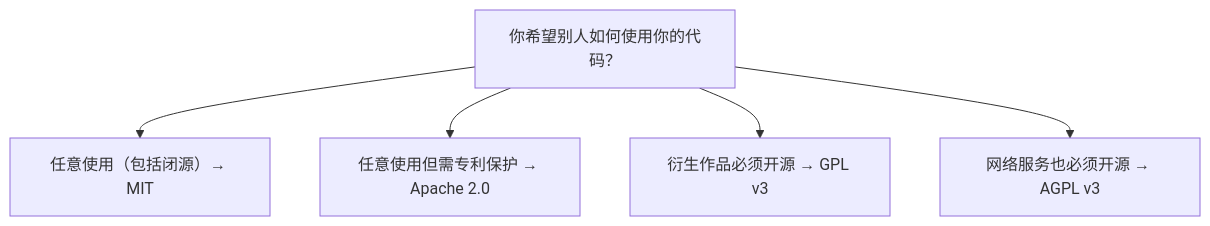
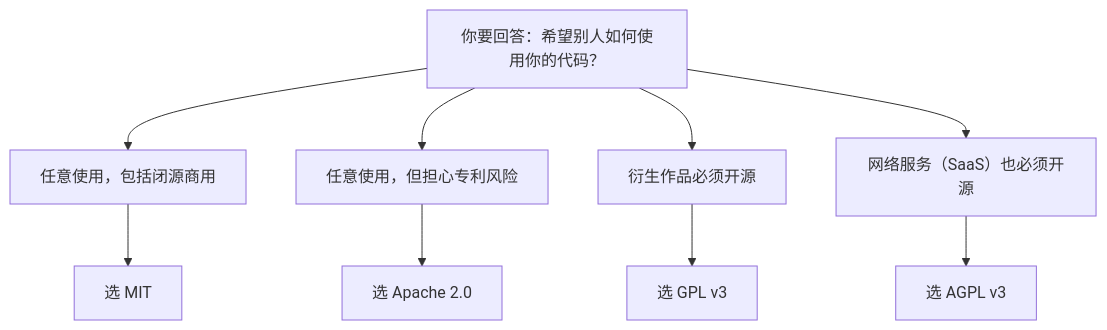
One commit to complexInG/FANDEX changed the diagram in cnt-content/full/004-github/009-OpenSourceLicense.md. Above: the diagram before and after it, drawn with Mermaid. The commit also changed other lines of this file and 219 other files, not shown here.

````diff
--- a/cnt-content/full/004-github/009-OpenSourceLicense.md
+++ b/cnt-content/full/004-github/009-OpenSourceLicense.md
@@ -107,12 +172,16 @@
 ```mermaid
 flowchart TD
-    T0["你希望别人如何使用你的代码？"]
-    T1["任意使用（包括闭源）→ MIT"]
-    T2["任意使用但需专利保护 → Apache 2.0"]
-    T3["衍生作品必须开源 → GPL v3"]
-    T4["网络服务也必须开源 → AGPL v3"]
-    T0 --> T1
-    T0 --> T2
-    T0 --> T3
-    T0 --> T4
+    T0["你要回答：希望别人如何使用你的代码？"]
+    T1["任意使用，包括闭源商用"]
+    T2["任意使用，但担心专利风险"]
+    T3["衍生作品必须开源"]
+    T4["网络服务（SaaS）也必须开源"]
+    R1["选 MIT"]
+    R2["选 Apache 2.0"]
+    R3["选 GPL v3"]
+    R4["选 AGPL v3"]
+    T0 --> T1 --> R1
+    T0 --> T2 --> R2
+    T0 --> T3 --> R3
+    T0 --> T4 --> R4
 ```
````
